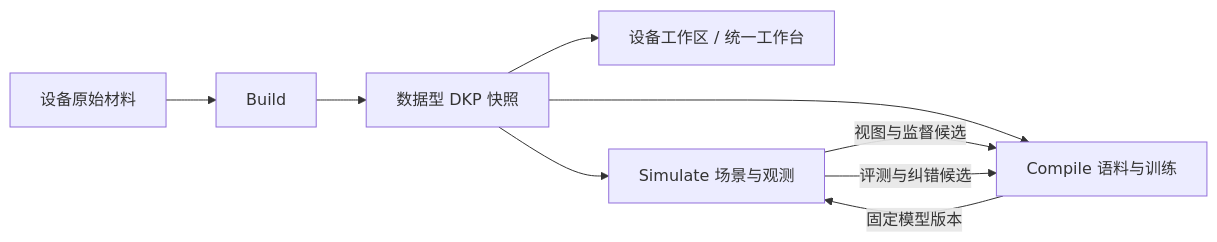
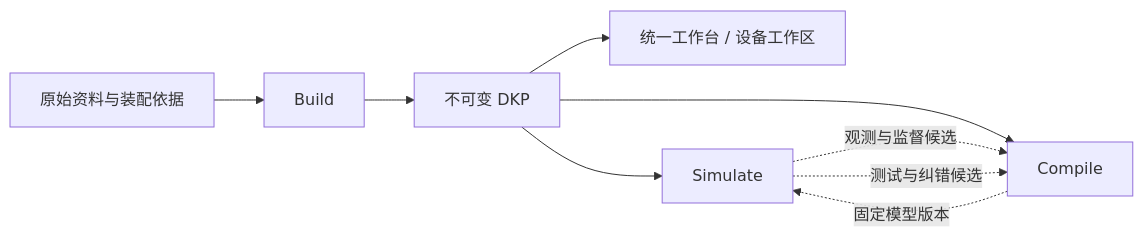
One commit to Scisaga/psop changed the diagram in README.md. Above: the diagram before and after it, drawn with Mermaid. The commit also changed other lines of this file and 17 other files, not shown here.

````diff
--- a/README.md
+++ b/README.md
@@ -18,11 +65,11 @@
-~~~mermaid
+```mermaid
 flowchart LR
-    A[设备原始材料] --> B[Build]
-    B --> K[数据型 DKP 快照]
-    K --> W[设备工作区 / 统一工作台]
-    K --> S[Simulate 场景与观测]
-    K --> C[Compile 语料与训练]
-    S -->|视图与监督候选| C
-    C -->|固定模型版本| S
-    S -->|评测与纠错候选| C
-~~~
+    M[原始资料与装配依据] --> B[Build]
+    B --> D[不可变 DKP]
+    D --> W[统一工作台 / 设备工作区]
+    D --> S[Simulate]
+    D --> C[Compile]
+    S -. 观测与监督候选 .-> C
+    C -. 固定模型版本 .-> S
+    S -. 测试与纠错候选 .-> C
+```
````
